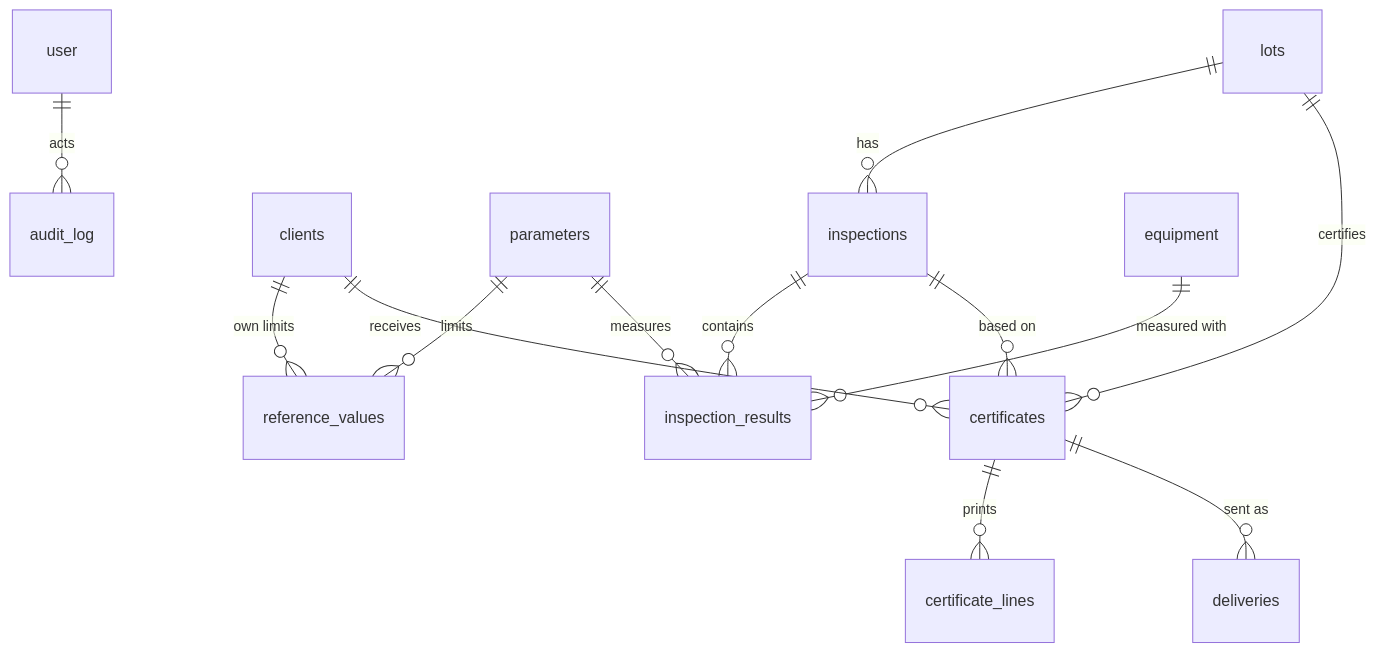
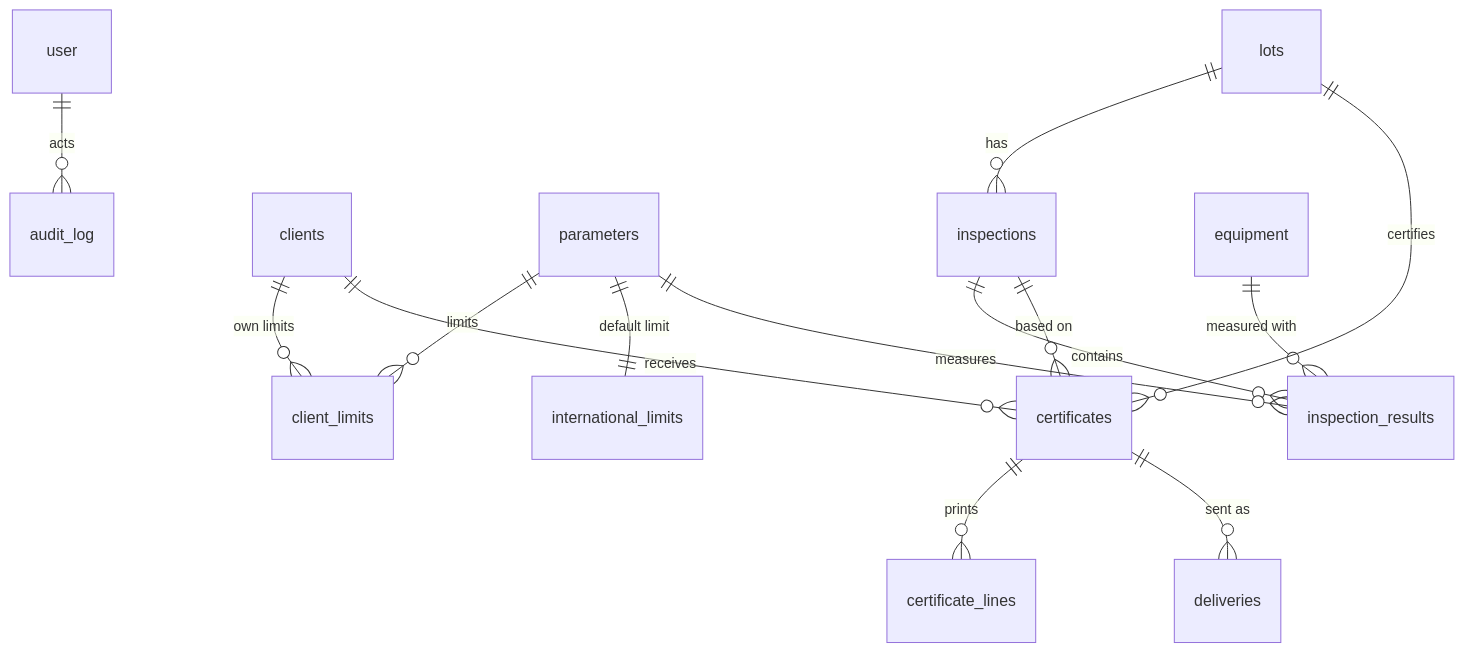
The diagram in docs/llm/domain.md (Freddy-Nader/harinas-elizondo), drawn with Mermaid before and after one commit. The commit also changed other lines of this file and 4 other files, not shown here.

First line of the commit message:
feat(db): split limits into international_limits and client_limits

````diff
--- a/docs/llm/domain.md
+++ b/docs/llm/domain.md
@@ -54,15 +54,16 @@
 ```mermaid
 erDiagram
   user ||--o{ audit_log : acts
-  clients ||--o{ reference_values : "own limits"
-  parameters ||--o{ reference_values : limits
+  clients ||--o{ client_limits : "own limits"
+  parameters ||--o{ client_limits : limits
+  parameters ||--|| international_limits : "default limit"
   lots ||--o{ inspections : has
   inspections ||--o{ inspection_results : contains
   parameters ||--o{ inspection_results : measures
   equipment ||--o{ inspection_results : "measured with"
   clients ||--o{ certificates : receives
   lots ||--o{ certificates : certifies
   inspections ||--o{ certificates : "based on"
   certificates ||--o{ certificate_lines : prints
   certificates ||--o{ deliveries : "sent as"
 ```
````
